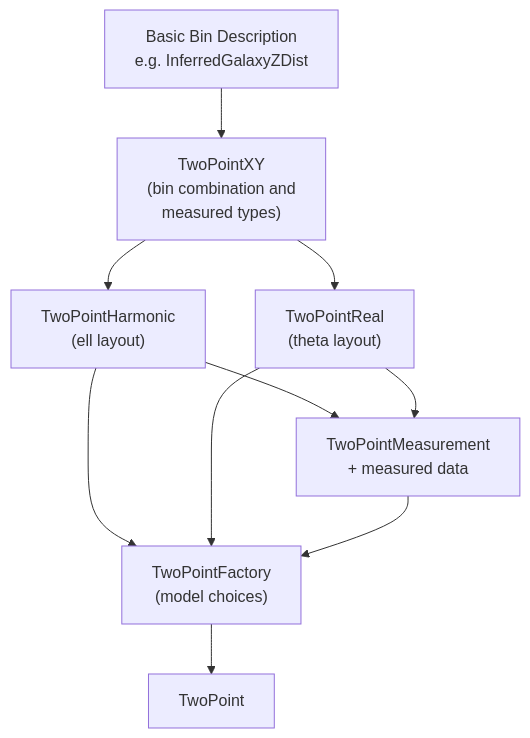
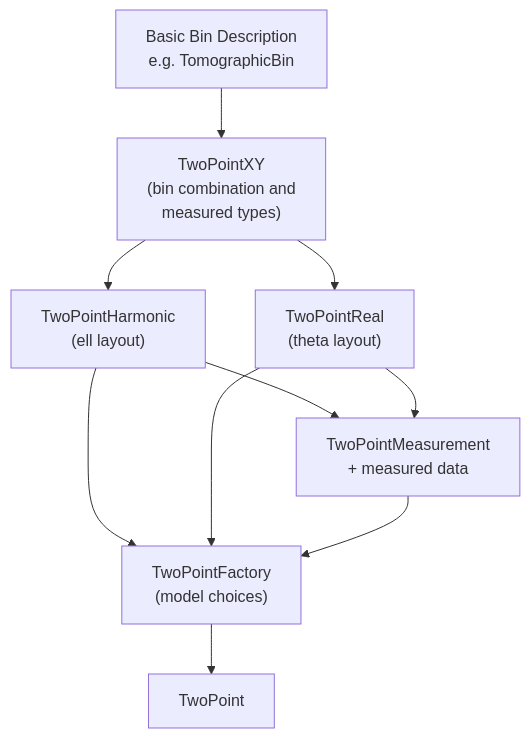
Before and after one commit to LSSTDESC/firecrown: the diagram in tutorial/two_point_framework.qmd, drawn with Mermaid. The commit also changed other lines of this file and 62 other files, not shown here.

````diff
--- a/tutorial/two_point_framework.qmd
+++ b/tutorial/two_point_framework.qmd
@@ -44,18 +44,18 @@
 ```{mermaid}
 %%| label: fig-framework-hierarchy
 %%| fig-align: center
 %%| fig-cap-location: margin
 %%| fig-cap: "Hierarchy of types in the Firecrown two-point statistic framework."
 graph TD
-  A["Basic Bin Description<br/>e.g. InferredGalaxyZDist"]
+  A["Basic Bin Description<br/>e.g. TomographicBin"]
   A --> B["TwoPointXY<br/>(bin combination and<br/>measured types)"]
   B --> C1["TwoPointHarmonic<br/>(ell layout)"]
   B --> C2["TwoPointReal<br/>(theta layout)"]
   C1 --> D["TwoPointMeasurement<br/>+ measured data"]
   C2 --> D
   F["TwoPointFactory<br/>(model choices)"]
   F --> E["TwoPoint"]
   C1 --> F
   C2 --> F
   D --> F
 ```
````
